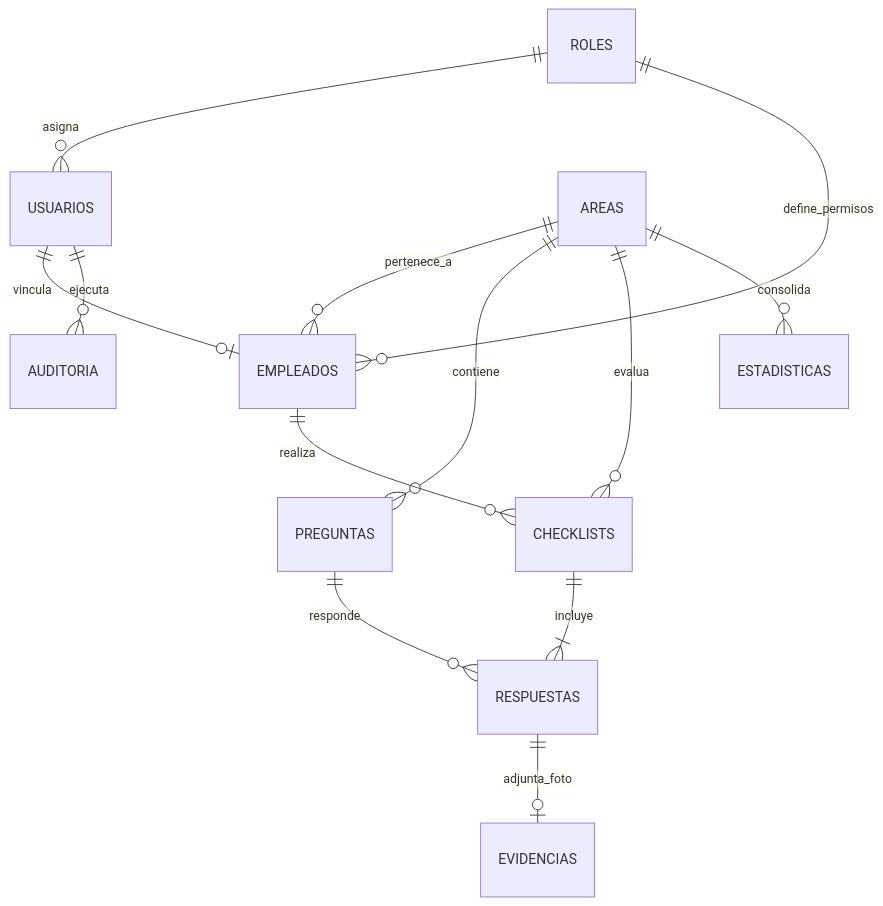
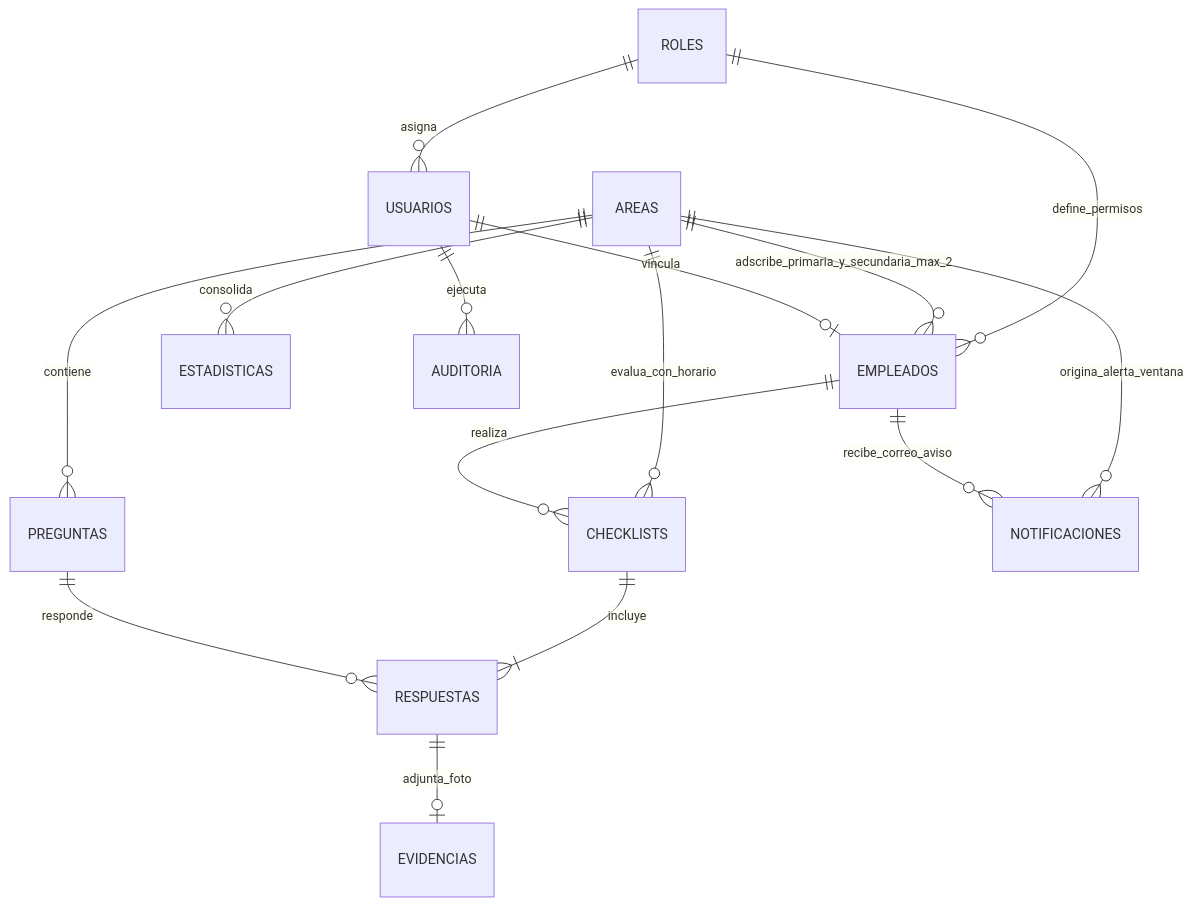
Before and after one commit to alexteori14/CheckList: the second of 3 diagrams in DOCUMENTACION_ARQUITECTURA.md, drawn with Mermaid. The commit also changed other lines of this file and 3 other files, not shown here.

Commit message:
docs: actualizar memoria, modelo ER y documentacion arquitectonica con las 7 areas, multi-area, politicas de fechas, tiempo de vida y notificaciones SMTP

````diff
--- a/DOCUMENTACION_ARQUITECTURA.md
+++ b/DOCUMENTACION_ARQUITECTURA.md
@@ -154,15 +171,17 @@
 ```mermaid
 erDiagram
     ROLES ||--o{ USUARIOS : "asigna"
     ROLES ||--o{ EMPLEADOS : "define_permisos"
-    AREAS ||--o{ EMPLEADOS : "pertenece_a"
+    AREAS ||--o{ EMPLEADOS : "adscribe_primaria_y_secundaria_max_2"
     AREAS ||--o{ PREGUNTAS : "contiene"
-    AREAS ||--o{ CHECKLISTS : "evalua"
+    AREAS ||--o{ CHECKLISTS : "evalua_con_horario"
     AREAS ||--o{ ESTADISTICAS : "consolida"
+    AREAS ||--o{ NOTIFICACIONES : "origina_alerta_ventana"
     USUARIOS ||--o| EMPLEADOS : "vincula"
     USUARIOS ||--o{ AUDITORIA : "ejecuta"
     EMPLEADOS ||--o{ CHECKLISTS : "realiza"
+    EMPLEADOS ||--o{ NOTIFICACIONES : "recibe_correo_aviso"
     CHECKLISTS ||--|{ RESPUESTAS : "incluye"
     PREGUNTAS ||--o{ RESPUESTAS : "responde"
     RESPUESTAS ||--o| EVIDENCIAS : "adjunta_foto"
 ```
````
